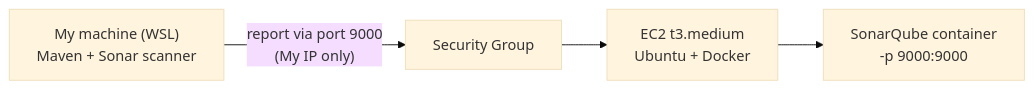
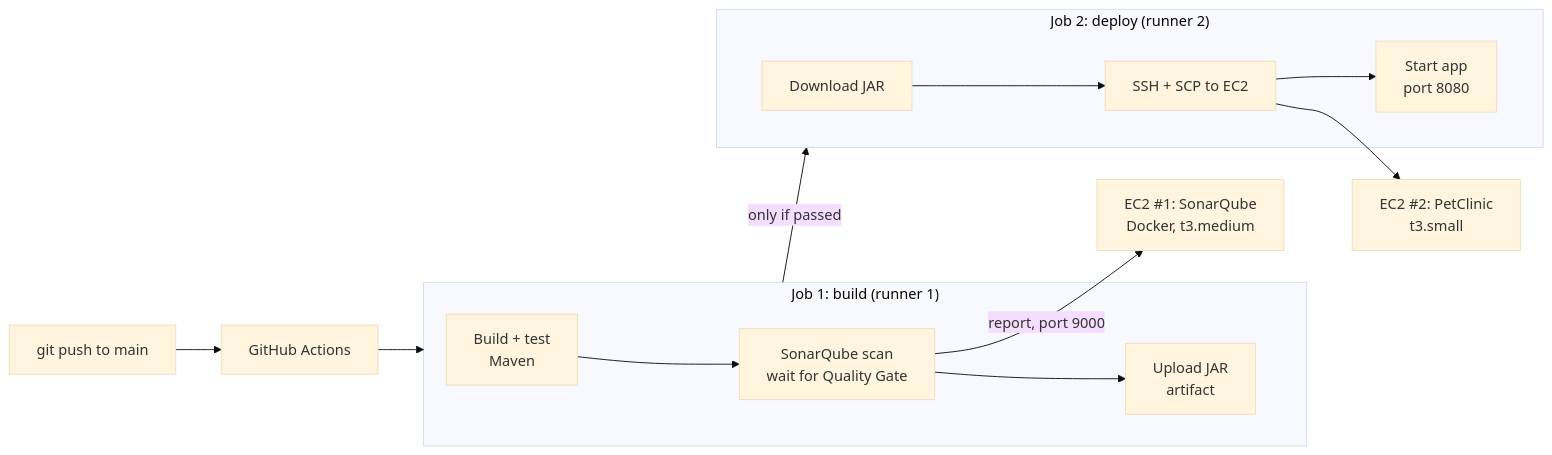
Before and after one commit to huluc/devops-labs: the diagram in sonarqube/ec2-self-hosted/README.md, drawn with Mermaid (base theme). The commit also changed other lines of this file and 6 other files, not shown here.

Commit message:
docs: add SonarQube on EC2 and PetClinic CI/CD lab

````diff
--- a/sonarqube/ec2-self-hosted/README.md
+++ b/sonarqube/ec2-self-hosted/README.md
@@ -11,6 +17,17 @@
 ```mermaid
 flowchart LR
-  dev["My machine (WSL)<br/>Maven + Sonar scanner"] -->|"report via port 9000<br/>(My IP only)"| sg[Security Group]
-  sg --> ec2["EC2 t3.medium<br/>Ubuntu + Docker"]
-  ec2 --> sq["SonarQube container<br/>-p 9000:9000"]
+  push[git push to main] --> gh[GitHub Actions]
+
+  subgraph build["Job 1: build (runner 1)"]
+    b1[Build + test<br/>Maven] --> b2[SonarQube scan<br/>wait for Quality Gate] --> b3[Upload JAR<br/>artifact]
+  end
+
+  subgraph deploy["Job 2: deploy (runner 2)"]
+    d1[Download JAR] --> d2[SSH + SCP to EC2] --> d3[Start app<br/>port 8080]
+  end
+
+  gh --> build
+  b2 -->|report, port 9000| sq["EC2 #1: SonarQube<br/>Docker, t3.medium"]
+  build -->|only if passed| deploy
+  d2 --> app["EC2 #2: PetClinic<br/>t3.small"]
 ```
````
